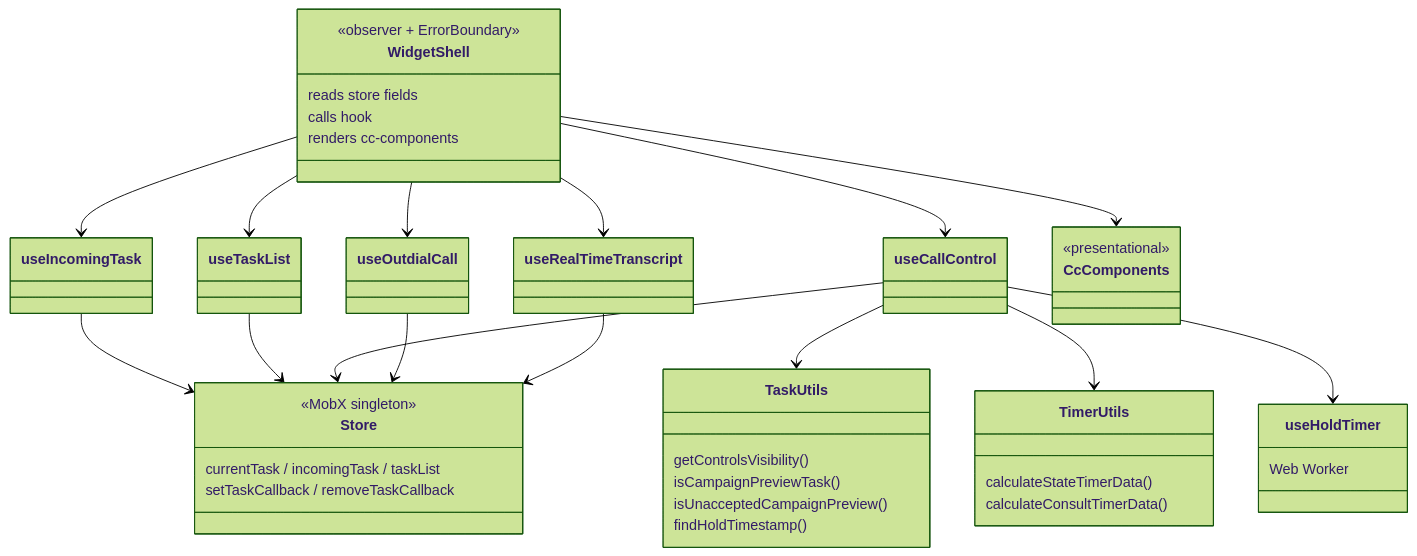
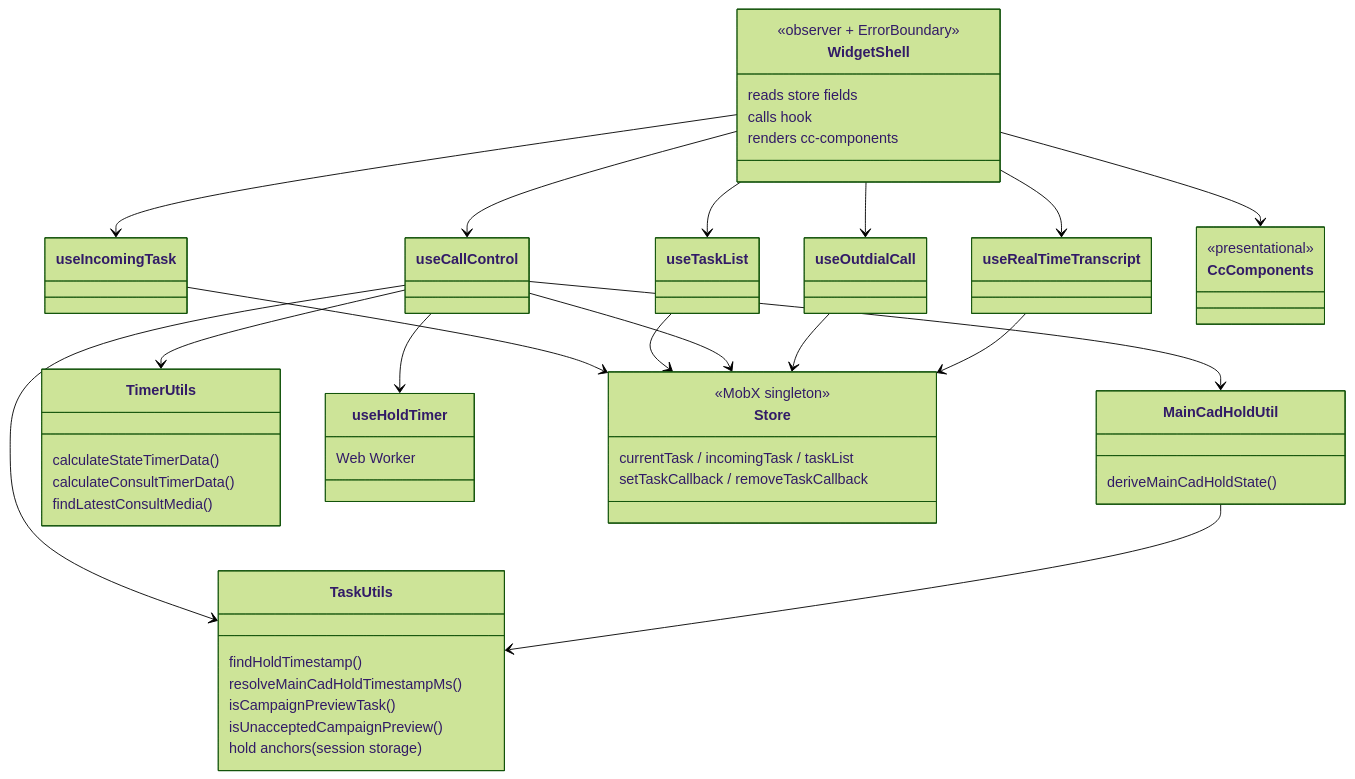
Before and after one commit to webex/widgets: diagram 11 of 12 in packages/contact-center/task/ai-docs/task-spec.md, drawn with Mermaid (forest theme). The commit also changed other lines of this file and 20 other files, not shown here.

````diff
--- a/packages/contact-center/task/ai-docs/task-spec.md
+++ b/packages/contact-center/task/ai-docs/task-spec.md
@@ -338,49 +438,56 @@
 ```mermaid
 classDiagram
   class WidgetShell {
     <<observer + ErrorBoundary>>
     reads store fields
     calls hook
     renders cc-components
   }
   class useIncomingTask
   class useTaskList
   class useCallControl
   class useOutdialCall
   class useRealTimeTranscript
   class TaskUtils {
-    getControlsVisibility()
+    findHoldTimestamp()
+    resolveMainCadHoldTimestampMs()
     isCampaignPreviewTask()
     isUnacceptedCampaignPreview()
-    findHoldTimestamp()
+    hold anchors (session storage)
+  }
+  class MainCadHoldUtil {
+    deriveMainCadHoldState()
   }
   class TimerUtils {
     calculateStateTimerData()
     calculateConsultTimerData()
+    findLatestConsultMedia()
   }
   class useHoldTimer {
     Web Worker
   }
   class Store {
     <<MobX singleton>>
     currentTask / incomingTask / taskList
     setTaskCallback / removeTaskCallback
   }
   class CcComponents {
     <<presentational>>
   }
   WidgetShell --> useIncomingTask
   WidgetShell --> useTaskList
   WidgetShell --> useCallControl
   WidgetShell --> useOutdialCall
   WidgetShell --> useRealTimeTranscript
   WidgetShell --> CcComponents
   useCallControl --> TaskUtils
+  useCallControl --> MainCadHoldUtil
   useCallControl --> TimerUtils
   useCallControl --> useHoldTimer
+  MainCadHoldUtil --> TaskUtils
   useIncomingTask --> Store
   useTaskList --> Store
   useCallControl --> Store
   useOutdialCall --> Store
   useRealTimeTranscript --> Store
 ```
````
